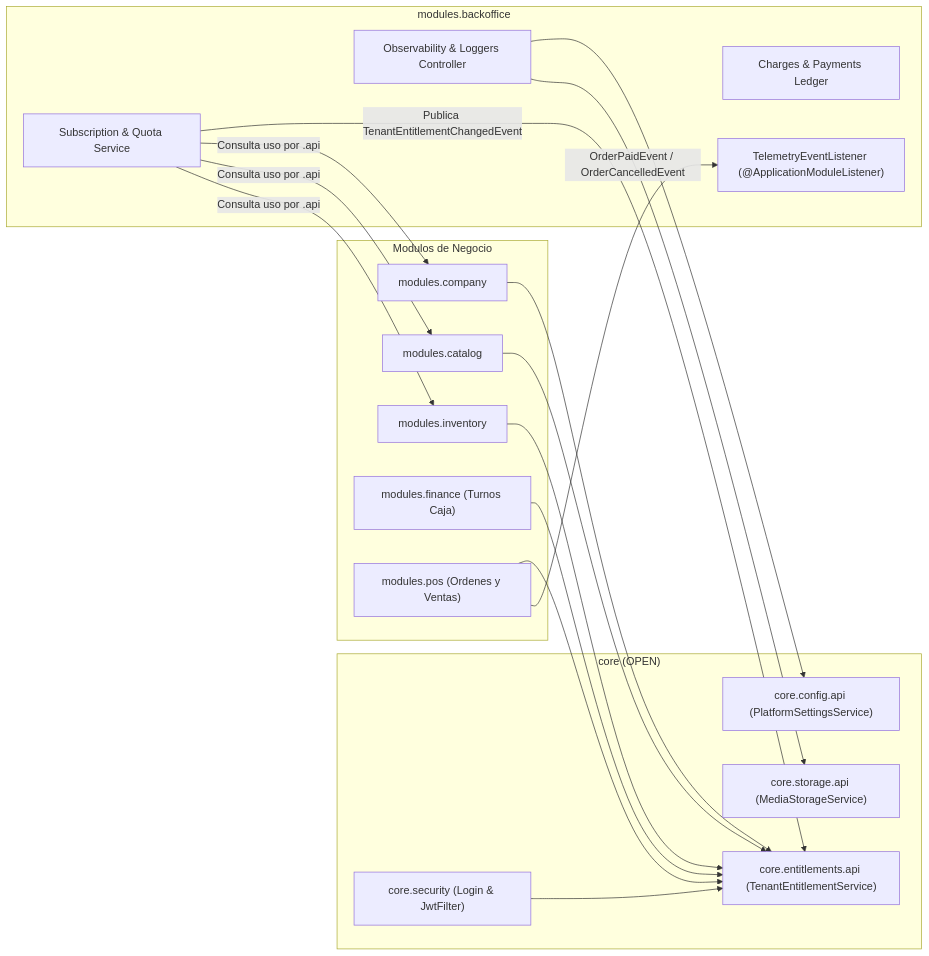
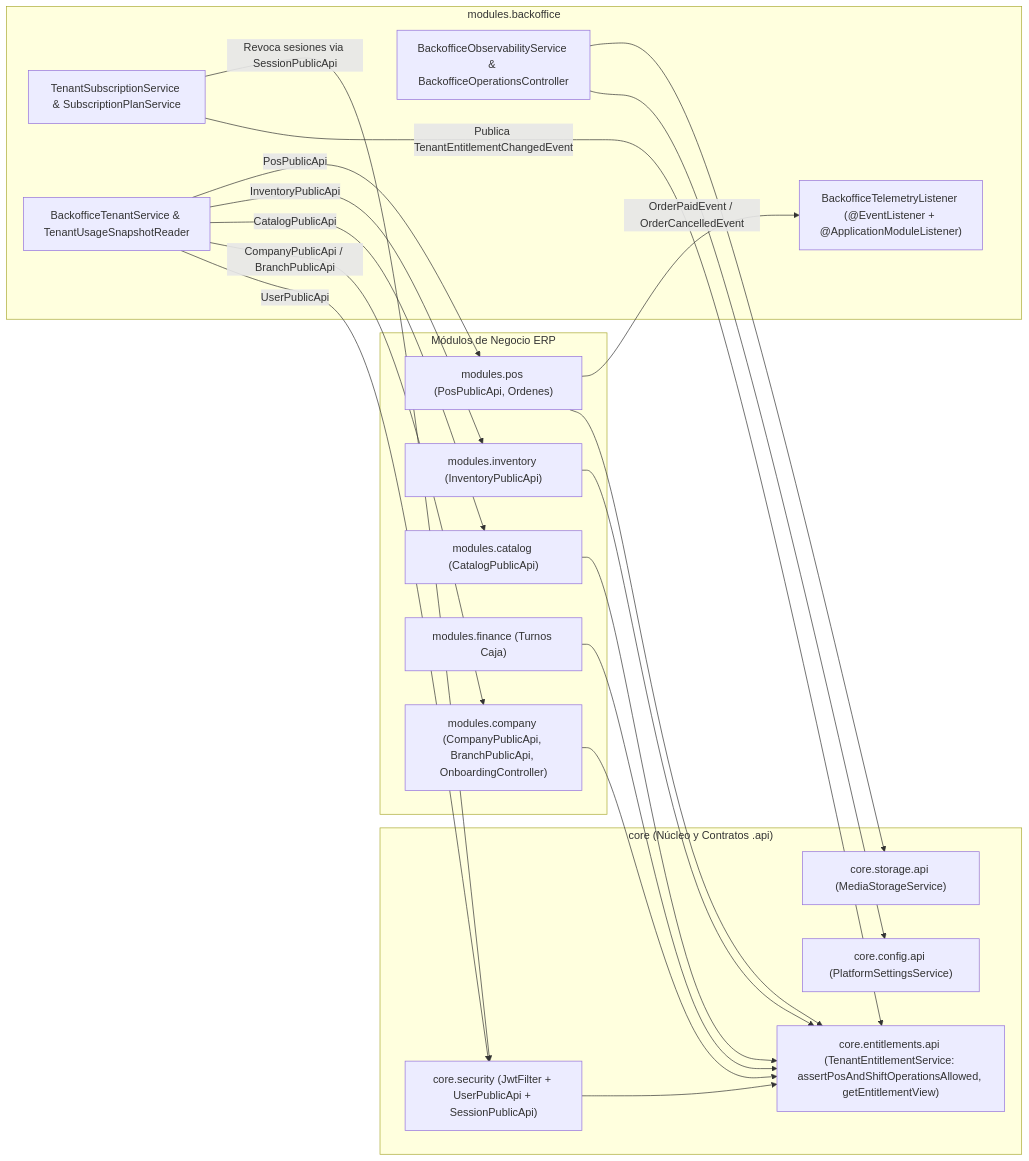
One commit to vakajose/gestion-restaurante changed the second of 2 diagrams in docs/backoffice/architecture/c4_backoffice_system.md. Above: the diagram before and after it, drawn with Mermaid. The commit also changed other lines of this file and 156 other files, not shown here.

````diff
--- a/docs/backoffice/architecture/c4_backoffice_system.md
+++ b/docs/backoffice/architecture/c4_backoffice_system.md
@@ -62,39 +62,42 @@
 ```mermaid
 flowchart LR
-    subgraph Core["core (OPEN)"]
-        Sec["core.security (Login & JwtFilter)"]
-        EntApi["core.entitlements.api (TenantEntitlementService)"]
+    subgraph Core["core (Núcleo y Contratos .api)"]
+        Sec["core.security (JwtFilter + UserPublicApi + SessionPublicApi)"]
+        EntApi["core.entitlements.api (TenantEntitlementService: assertPosAndShiftOperationsAllowed, getEntitlementView)"]
         ConfigApi["core.config.api (PlatformSettingsService)"]
         StorageApi["core.storage.api (MediaStorageService)"]
     end
 
-    subgraph Business["Modulos de Negocio"]
-        Company["modules.company"]
-        Catalog["modules.catalog"]
-        Inventory["modules.inventory"]
+    subgraph Business["Módulos de Negocio ERP"]
+        Company["modules.company (CompanyPublicApi, BranchPublicApi, OnboardingController)"]
+        Catalog["modules.catalog (CatalogPublicApi)"]
+        Inventory["modules.inventory (InventoryPublicApi)"]
         Finance["modules.finance (Turnos Caja)"]
-        POS["modules.pos (Ordenes y Ventas)"]
+        POS["modules.pos (PosPublicApi, Ordenes)"]
     end
 
     subgraph ControlPlane["modules.backoffice"]
-        SubSvc["Subscription & Quota Service"]
-        PaySvc["Charges & Payments Ledger"]
-        TelListener["TelemetryEventListener (@ApplicationModuleListener)"]
-        ObsCtrl["Observability & Loggers Controller"]
+        SubSvc["TenantSubscriptionService & SubscriptionPlanService"]
+        TenantSvc["BackofficeTenantService & TenantUsageSnapshotReader"]
+        TelListener["BackofficeTelemetryListener (@EventListener + @ApplicationModuleListener)"]
+        ObsSvc["BackofficeObservabilityService & BackofficeOperationsController"]
     end
 
     Sec --> EntApi
     Company --> EntApi
     Catalog --> EntApi
     Inventory --> EntApi
     Finance --> EntApi
     POS --> EntApi
 
     SubSvc -->|"Publica TenantEntitlementChangedEvent"| EntApi
+    SubSvc -->|"Revoca sesiones via SessionPublicApi"| Sec
     POS -->|"OrderPaidEvent / OrderCancelledEvent"| TelListener
-    SubSvc -->|"Consulta uso por .api"| Company
-    SubSvc -->|"Consulta uso por .api"| Catalog
-    SubSvc -->|"Consulta uso por .api"| Inventory
-    ObsCtrl --> ConfigApi
-    ObsCtrl --> StorageApi
+    TenantSvc -->|"UserPublicApi"| Sec
+    TenantSvc -->|"CompanyPublicApi / BranchPublicApi"| Company
+    TenantSvc -->|"CatalogPublicApi"| Catalog
+    TenantSvc -->|"InventoryPublicApi"| Inventory
+    TenantSvc -->|"PosPublicApi"| POS
+    ObsSvc --> ConfigApi
+    ObsSvc --> StorageApi
 ```
````
